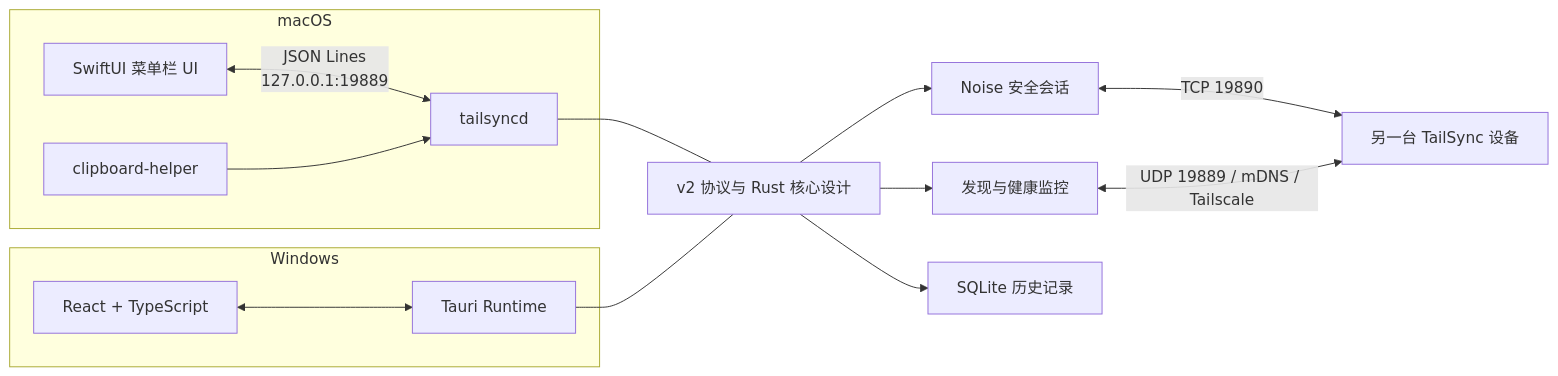
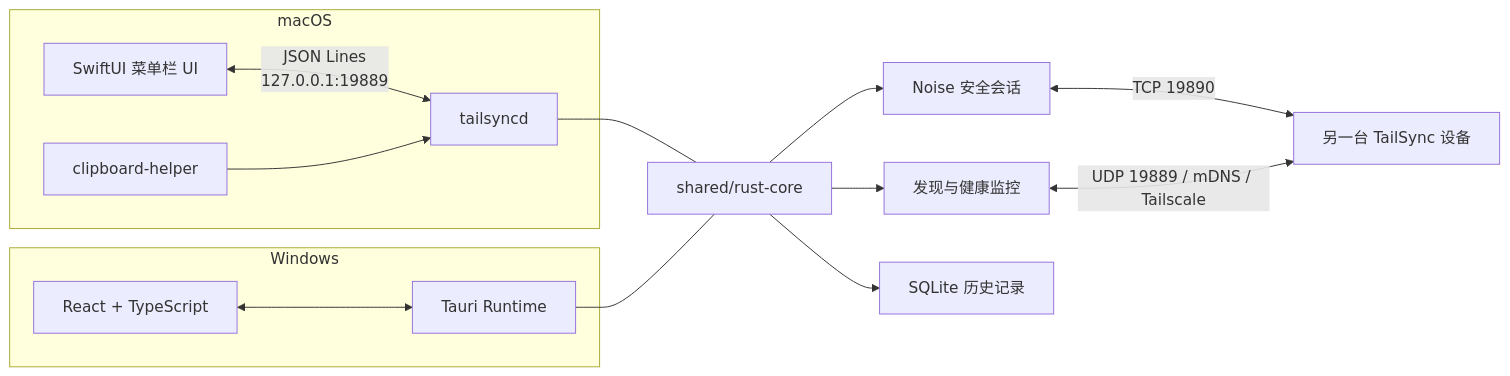
One commit to monet4070/TailSync changed the diagram in README.md. Above: the diagram before and after it, drawn with Mermaid. The commit also changed other lines of this file and 179 other files, not shown here.

````diff
--- a/README.md
+++ b/README.md
@@ -78,24 +78,24 @@
 ```mermaid
 flowchart LR
     subgraph Mac[macOS]
         S[SwiftUI 菜单栏 UI]
         D[tailsyncd]
         H[clipboard-helper]
         S <-->|JSON Lines<br/>127.0.0.1:19889| D
         H --> D
     end
 
     subgraph Win[Windows]
         R[React + TypeScript]
         T[Tauri Runtime]
         R <--> T
     end
 
-    D --- C[v2 协议与 Rust 核心设计]
+    D --- C[shared/rust-core]
     T --- C
     C --> P[发现与健康监控]
     C --> N[Noise 安全会话]
     C --> DB[SQLite 历史记录]
     N <-->|TCP 19890| Peer[另一台 TailSync 设备]
     P <-->|UDP 19889 / mDNS / Tailscale| Peer
 ```
````
